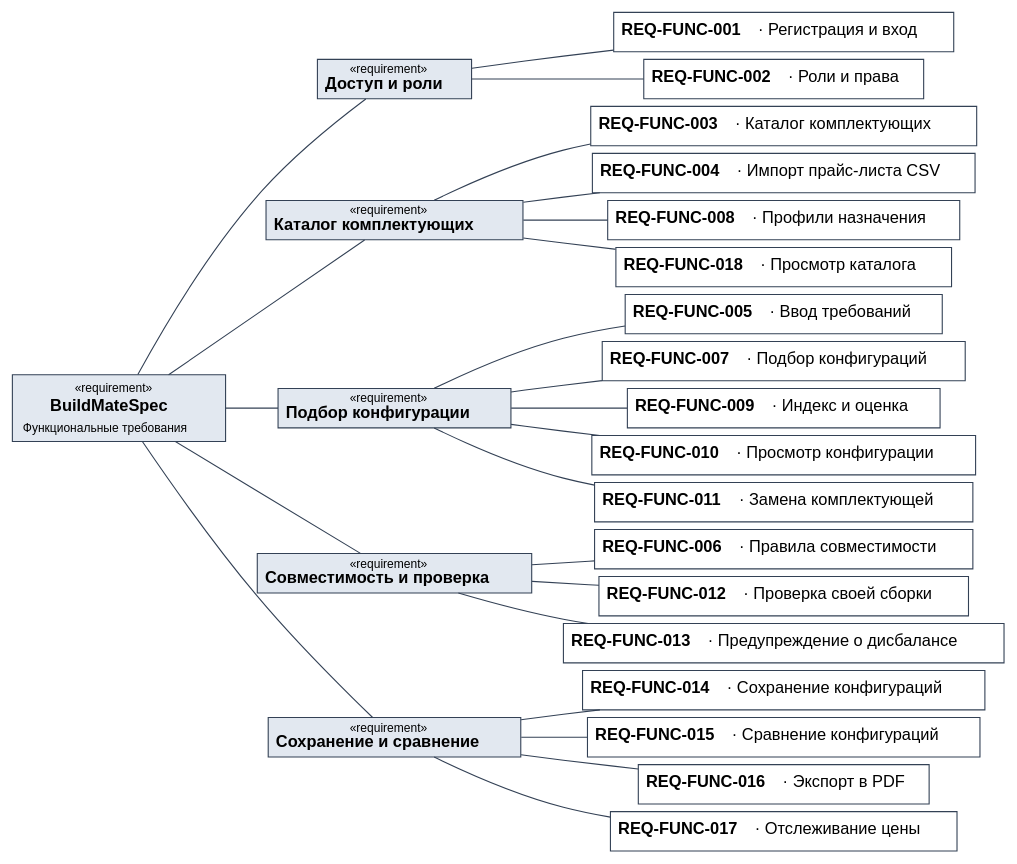
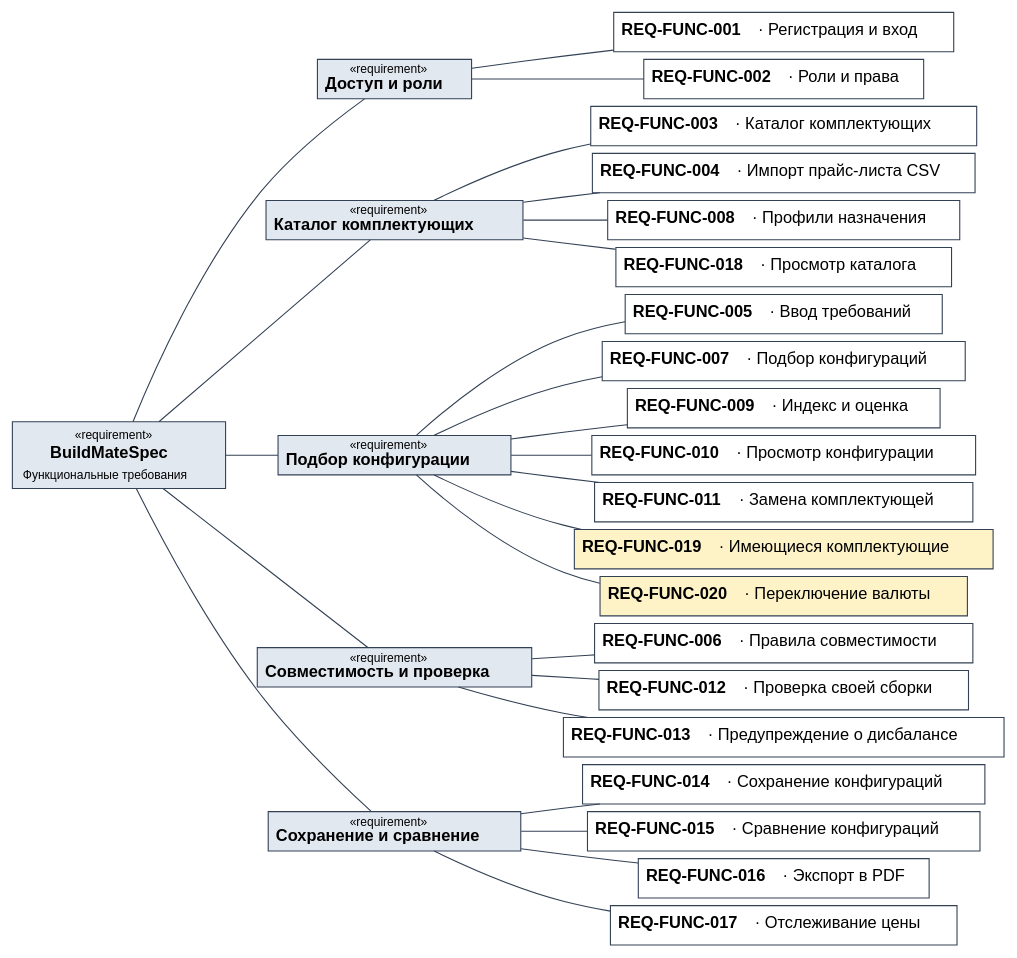
One commit to slzz0/SDLC changed the diagram in srs/sysml/dots/functional.dot. Above: the diagram before and after it, drawn with Graphviz. The commit also changed 9 other files, not shown here.

```diff
--- a/srs/sysml/dots/functional.dot
+++ b/srs/sysml/dots/functional.dot
@@ -1,52 +1,56 @@
 digraph G {
   rankdir=LR; nodesep=0.1; ranksep=0.4;
   node [shape=box, fontname="Helvetica", fontsize=15, style=filled, fillcolor=white, color="#334155", margin="0.10,0.06"];
   edge [color="#334155", arrowhead=none];
   root [label=<<table border="0" cellborder="0" cellspacing="0"><tr><td><font point-size="11">«requirement»</font></td></tr><tr><td><b>BuildMateSpec</b></td></tr><tr><td><font point-size="11">Функциональные требования</font></td></tr></table>>, fillcolor="#e2e8f0"];
   g1 [label=<<font point-size="11">«requirement»</font><br/><b>Доступ и роли</b>>, fillcolor="#e2e8f0"];
   root -> g1;
   r1 [label=<<b>REQ-FUNC-001</b> · Регистрация и вход>];
   g1 -> r1;
   r2 [label=<<b>REQ-FUNC-002</b> · Роли и права>];
   g1 -> r2;
   g2 [label=<<font point-size="11">«requirement»</font><br/><b>Каталог комплектующих</b>>, fillcolor="#e2e8f0"];
   root -> g2;
   r3 [label=<<b>REQ-FUNC-003</b> · Каталог комплектующих>];
   g2 -> r3;
   r4 [label=<<b>REQ-FUNC-004</b> · Импорт прайс-листа CSV>];
   g2 -> r4;
   r8 [label=<<b>REQ-FUNC-008</b> · Профили назначения>];
   g2 -> r8;
   r18 [label=<<b>REQ-FUNC-018</b> · Просмотр каталога>];
   g2 -> r18;
   g3 [label=<<font point-size="11">«requirement»</font><br/><b>Подбор конфигурации</b>>, fillcolor="#e2e8f0"];
   root -> g3;
   r5 [label=<<b>REQ-FUNC-005</b> · Ввод требований>];
   g3 -> r5;
   r7 [label=<<b>REQ-FUNC-007</b> · Подбор конфигураций>];
   g3 -> r7;
   r9 [label=<<b>REQ-FUNC-009</b> · Индекс и оценка>];
   g3 -> r9;
   r10 [label=<<b>REQ-FUNC-010</b> · Просмотр конфигурации>];
   g3 -> r10;
   r11 [label=<<b>REQ-FUNC-011</b> · Замена комплектующей>];
   g3 -> r11;
+  r19 [label=<<b>REQ-FUNC-019</b> · Имеющиеся комплектующие>, fillcolor="#fef3c7"];
+  g3 -> r19;
+  r20 [label=<<b>REQ-FUNC-020</b> · Переключение валюты>, fillcolor="#fef3c7"];
+  g3 -> r20;
   g4 [label=<<font point-size="11">«requirement»</font><br/><b>Совместимость и проверка</b>>, fillcolor="#e2e8f0"];
   root -> g4;
   r6 [label=<<b>REQ-FUNC-006</b> · Правила совместимости>];
   g4 -> r6;
   r12 [label=<<b>REQ-FUNC-012</b> · Проверка своей сборки>];
   g4 -> r12;
   r13 [label=<<b>REQ-FUNC-013</b> · Предупреждение о дисбалансе>];
   g4 -> r13;
   g5 [label=<<font point-size="11">«requirement»</font><br/><b>Сохранение и сравнение</b>>, fillcolor="#e2e8f0"];
   root -> g5;
   r14 [label=<<b>REQ-FUNC-014</b> · Сохранение конфигураций>];
   g5 -> r14;
   r15 [label=<<b>REQ-FUNC-015</b> · Сравнение конфигураций>];
   g5 -> r15;
   r16 [label=<<b>REQ-FUNC-016</b> · Экспорт в PDF>];
   g5 -> r16;
   r17 [label=<<b>REQ-FUNC-017</b> · Отслеживание цены>];
   g5 -> r17;
 }
```
